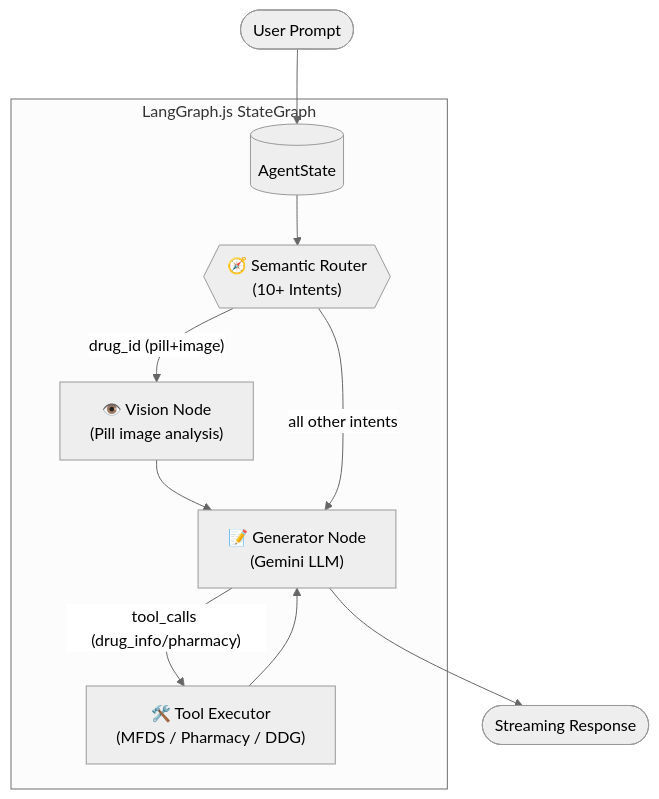
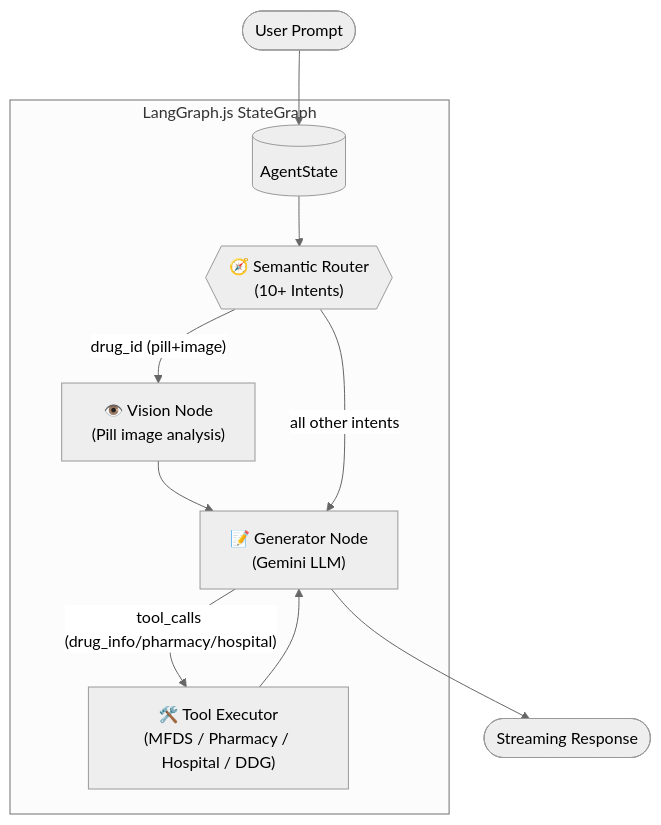
The second of 2 diagrams in README.md (jpjp92/chat-agent), drawn with Mermaid (neutral theme) before and after one commit. The commit also changed other lines of this file and 10 other files, not shown here.

First line of the commit message:
feat: Implement Hospital Search functionality with HospitalTool and HospitalRenderer

````diff
--- a/README.md
+++ b/README.md
@@ -91,20 +92,20 @@
 ```mermaid
 flowchart TB
     User([User Prompt])
 
     subgraph StateGraph ["LangGraph.js StateGraph"]
         StateNode[("AgentState")]
         RouterNode{{"🧭 Semantic Router\n(10+ Intents)"}}
         Vision["👁️ Vision Node\n(Pill image analysis)"]
-        Tools["🛠️ Tool Executor\n(MFDS / Pharmacy / DDG)"]
+        Tools["🛠️ Tool Executor\n(MFDS / Pharmacy / Hospital / DDG)"]
         Generator["📝 Generator Node\n(Gemini LLM)"]
     end
 
     Output([Streaming Response])
 
     User --> StateNode --> RouterNode
     RouterNode -- "drug_id (pill+image)" --> Vision --> Generator
     RouterNode -- "all other intents" --> Generator
-    Generator -- "tool_calls (drug_info/pharmacy)" --> Tools --> Generator
+    Generator -- "tool_calls (drug_info/pharmacy/hospital)" --> Tools --> Generator
     Generator --> Output
 ```
````
